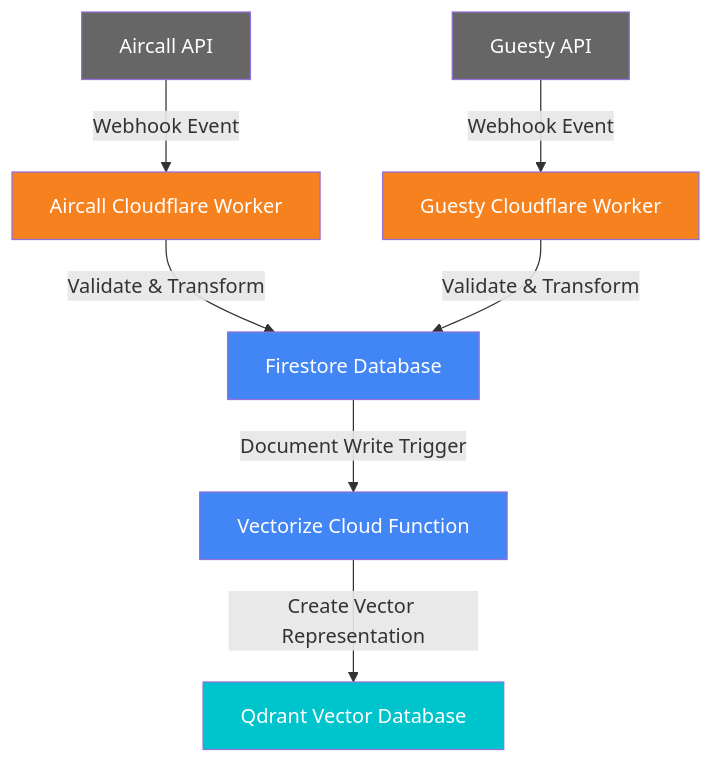
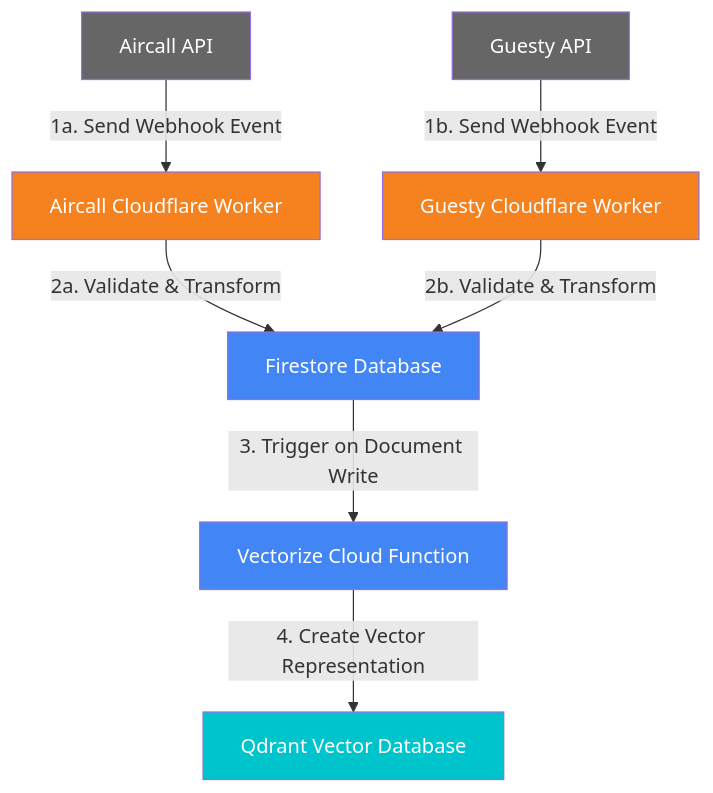
The sixth of 7 diagrams in documentation/infrastructure-diagrams.md (deepbrainspace/deepbrain-stack), drawn with Mermaid before and after one commit. The commit also changed other lines of this file, not shown here.

````diff
--- a/documentation/infrastructure-diagrams.md
+++ b/documentation/infrastructure-diagrams.md
@@ -268,21 +268,21 @@
 ```mermaid
 flowchart TD
-    A1["Aircall API"] -->|Webhook Event| B1["Aircall Cloudflare Worker"]
-    A2["Guesty API"] -->|Webhook Event| B2["Guesty Cloudflare Worker"]
+    A1["Aircall API"] -->|1a. Send Webhook Event| B1["Aircall Cloudflare Worker"]
+    A2["Guesty API"] -->|1b. Send Webhook Event| B2["Guesty Cloudflare Worker"]
     
-    B1 -->|Validate & Transform| C["Firestore Database"]
-    B2 -->|Validate & Transform| C
+    B1 -->|2a. Validate & Transform| C["Firestore Database"]
+    B2 -->|2b. Validate & Transform| C
     
-    C -->|Document Write Trigger| D["Vectorize Cloud Function"]
-    D -->|Create Vector Representation| E["Qdrant Vector Database"]
+    C -->|3. Trigger on Document Write| D["Vectorize Cloud Function"]
+    D -->|4. Create Vector Representation| E["Qdrant Vector Database"]
     
     classDef external fill:#666666,color:white;
     classDef cloudflare fill:#F6821F,color:white;
     classDef gcp fill:#4285F4,color:white;
     classDef qdrant fill:#00C4CC,color:white;
     
     class A1,A2 external;
     class B1,B2 cloudflare;
     class C,D gcp;
     class E qdrant;
 ```
````
